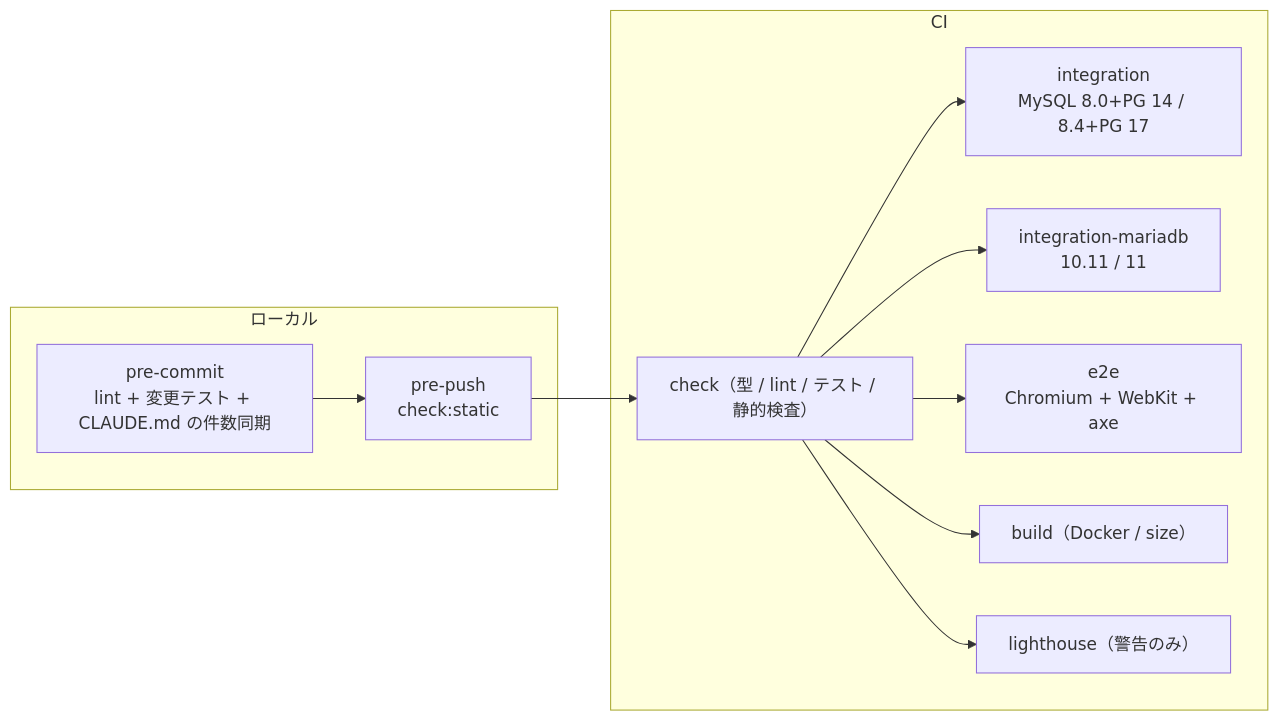
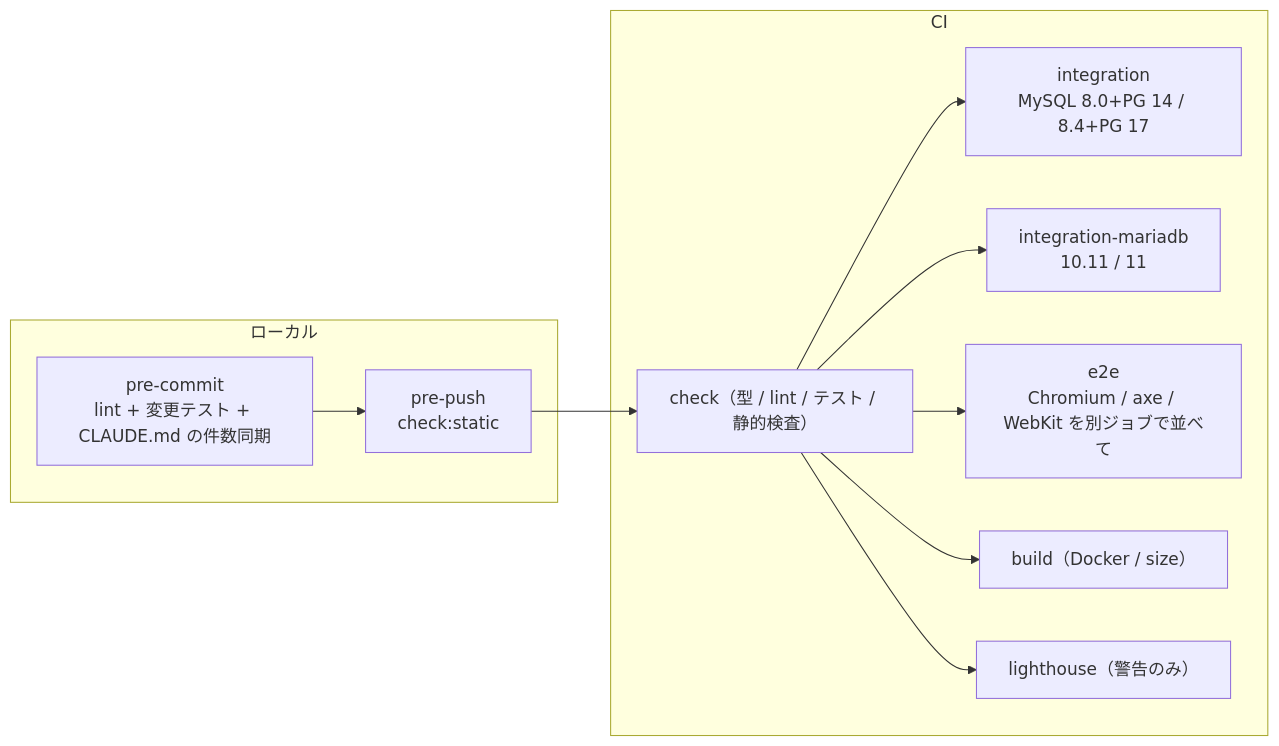
Diagram 11 of 11 in docs/architecture.md (ip-san/tsmyadmin), drawn with Mermaid before and after one commit. The commit also changed 5 other files, not shown here.

````diff
--- a/docs/architecture.md
+++ b/docs/architecture.md
@@ -310,16 +310,16 @@
 ```mermaid
 flowchart LR
   subgraph local["ローカル"]
     pc["pre-commit<br/>lint + 変更テスト + CLAUDE.md の件数同期"] --> pp["pre-push<br/>check:static"]
   end
   subgraph ci["CI"]
     chk["check（型 / lint / テスト / 静的検査）"]
     int["integration<br/>MySQL 8.0+PG 14 / 8.4+PG 17"]
     ma["integration-mariadb<br/>10.11 / 11"]
-    e2e["e2e<br/>Chromium + WebKit + axe"]
+    e2e["e2e<br/>Chromium / axe / WebKit を別ジョブで並べて"]
     build["build（Docker / size）"]
     lh["lighthouse（警告のみ）"]
     chk --> int & ma & e2e & build & lh
   end
   pp --> chk
 ```
````
